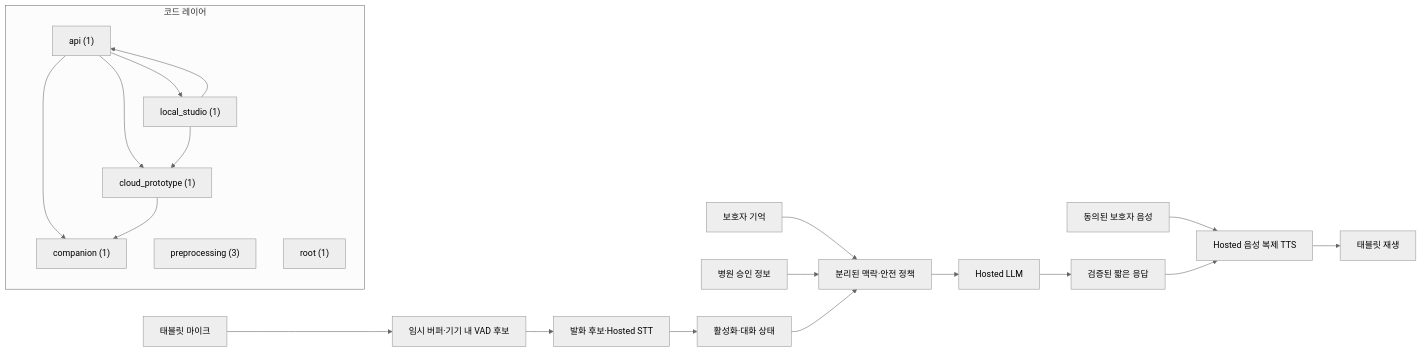
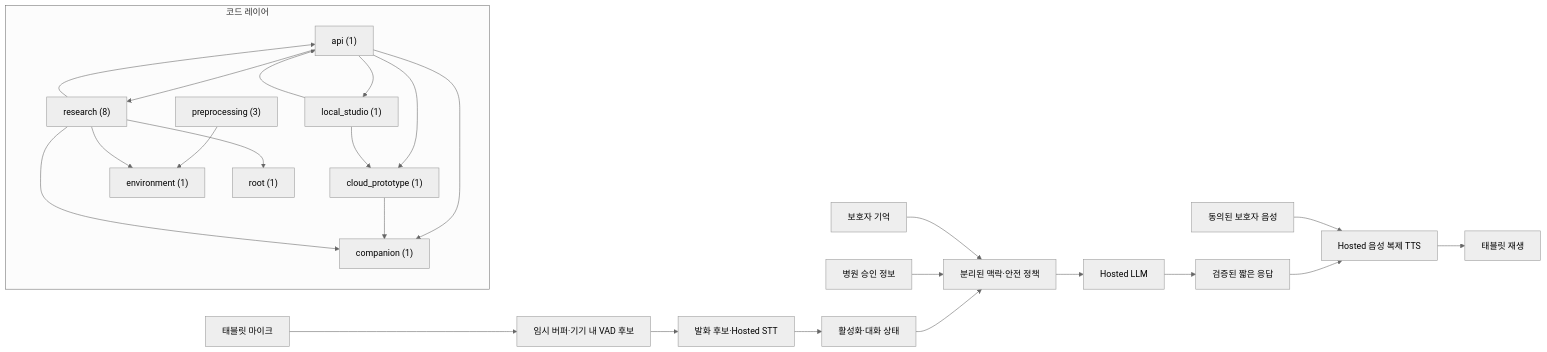
Before and after one commit to GracieRho/KoF5-TTS-delirium: the diagram in architecture/generated/project-map.md, drawn with Mermaid (neutral theme). The commit also changed other lines of this file and 78 other files, not shown here.

````diff
--- a/architecture/generated/project-map.md
+++ b/architecture/generated/project-map.md
@@ -5,29 +5,37 @@
 ```mermaid
 flowchart LR
   mic["태블릿 마이크"] --> vad["임시 버퍼·기기 내 VAD 후보"]
   vad --> stt["발화 후보·Hosted STT"]
   stt --> activation["활성화·대화 상태"]
   family["보호자 기억"] --> context["분리된 맥락·안전 정책"]
   hospital["병원 승인 정보"] --> context
   activation --> context
   context --> llm["Hosted LLM"]
   llm --> response["검증된 짧은 응답"]
   guardian["동의된 보호자 음성"] --> voice["Hosted 음성 복제 TTS"]
   response --> voice
   voice --> tablet["태블릿 재생"]
 
   subgraph code["코드 레이어"]
     layer_api["api (1)"]
     layer_cloud_prototype["cloud_prototype (1)"]
     layer_companion["companion (1)"]
+    layer_environment["environment (1)"]
     layer_local_studio["local_studio (1)"]
     layer_preprocessing["preprocessing (3)"]
+    layer_research["research (8)"]
     layer_root["root (1)"]
     layer_api --> layer_cloud_prototype
     layer_api --> layer_companion
     layer_api --> layer_local_studio
+    layer_api --> layer_research
     layer_cloud_prototype --> layer_companion
     layer_local_studio --> layer_api
     layer_local_studio --> layer_cloud_prototype
+    layer_preprocessing --> layer_environment
+    layer_research --> layer_api
+    layer_research --> layer_companion
+    layer_research --> layer_environment
+    layer_research --> layer_root
   end
 ```
````
